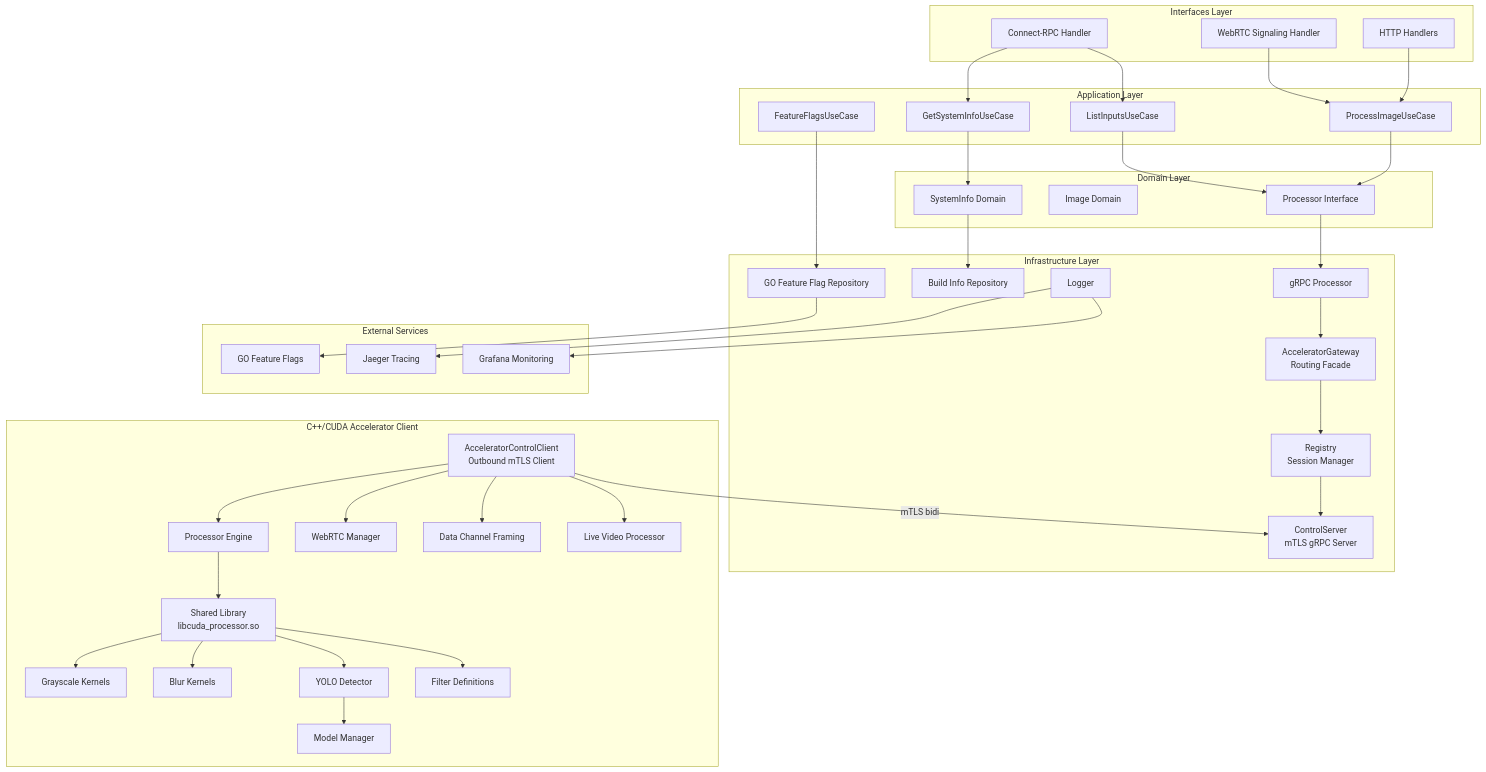
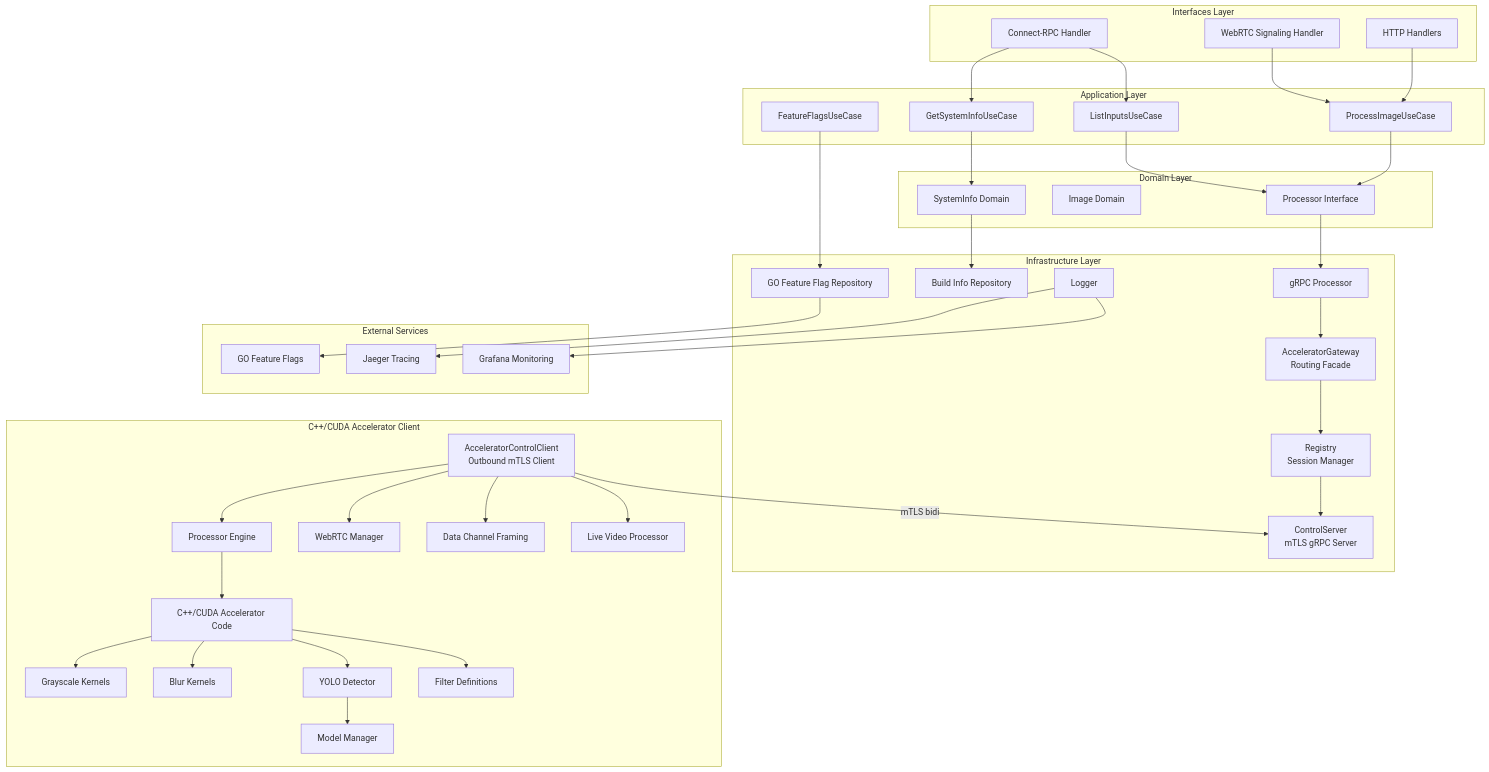
One commit to josnelihurt-code/learning-cuda changed the second of 2 diagrams in README.md. Above: the diagram before and after it, drawn with Mermaid. The commit also changed other lines of this file and 1 other file, not shown here.

```diff
--- a/README.md
+++ b/README.md
@@ -142,7 +142,7 @@
     subgraph "C++/CUDA Accelerator Client"
         AccelClient[AcceleratorControlClient<br/>Outbound mTLS Client]
         ProcessorEngine[Processor Engine]
-        SharedLibrary[Shared Library<br/>libcuda_processor.so]
+        SharedLibrary[C++/CUDA Accelerator Code]
         GrayscaleKernel[Grayscale Kernels]
         BlurKernel[Blur Kernels]
         YOLODetector[YOLO Detector]
```
